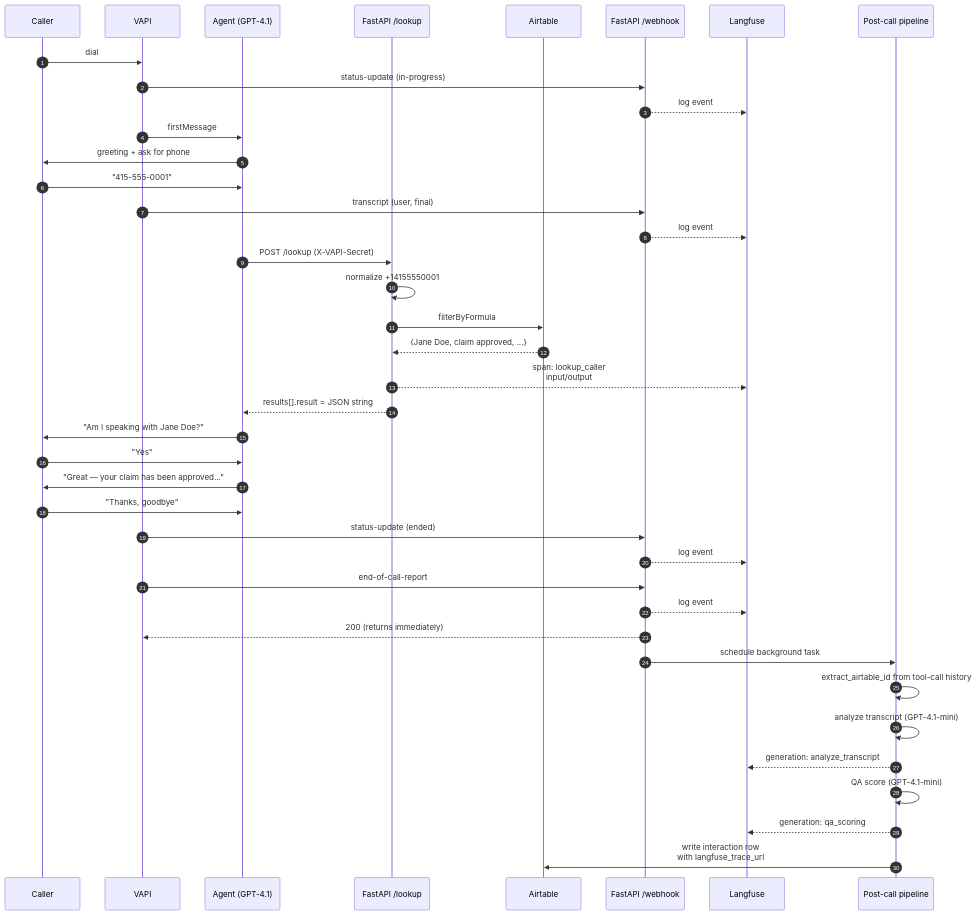
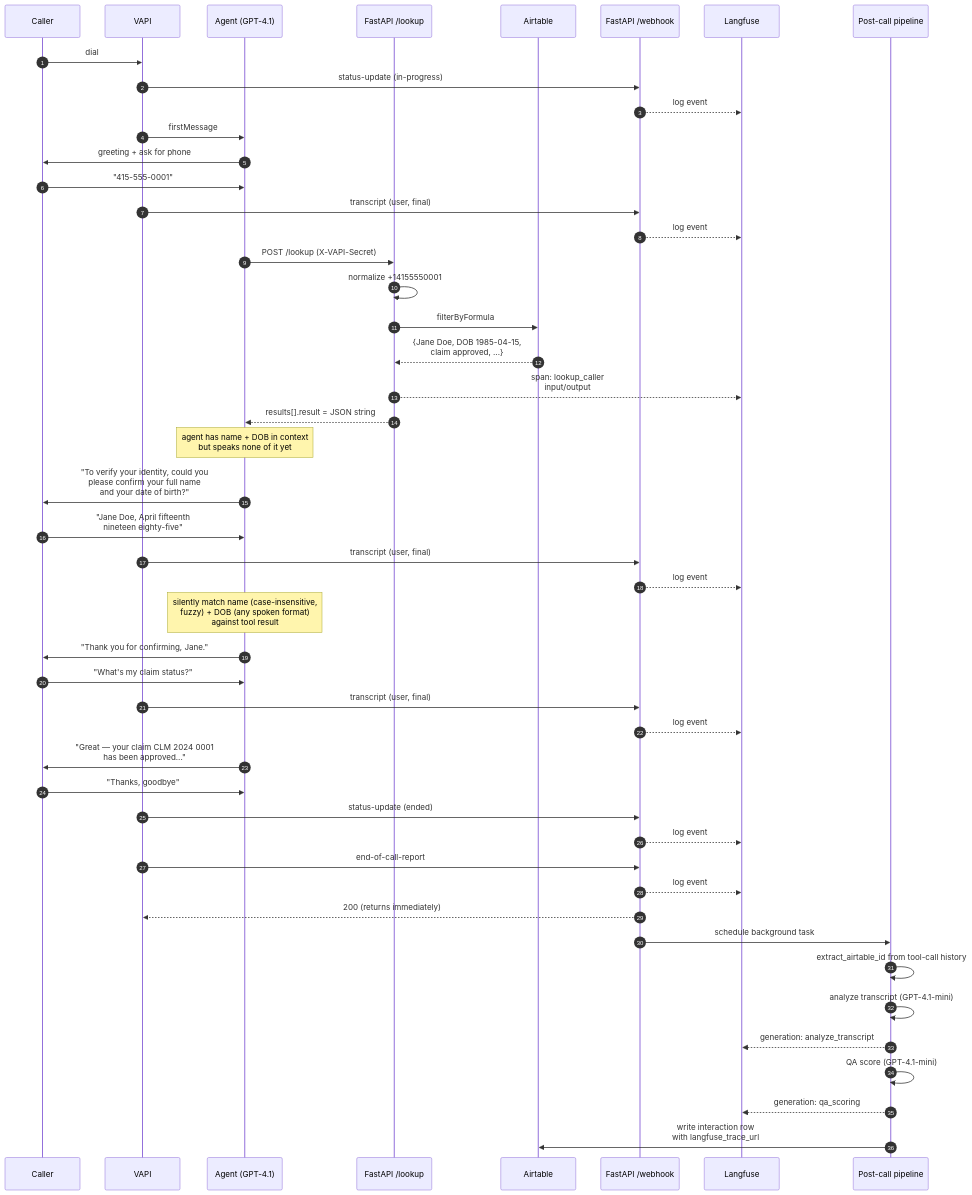
The third of 5 diagrams in docs/ARCHITECTURE.md (ashu05g/ObserveAI_TakeHome_Asses), drawn with Mermaid before and after one commit. The commit also changed other lines of this file and 2 other files, not shown here.

````diff
--- a/docs/ARCHITECTURE.md
+++ b/docs/ARCHITECTURE.md
@@ -95,43 +95,51 @@
 ```mermaid
 sequenceDiagram
     autonumber
     participant C as Caller
     participant V as VAPI
     participant A as Agent (GPT-4.1)
     participant API as FastAPI /lookup
     participant AT as Airtable
     participant H as FastAPI /webhook
     participant LF as Langfuse
     participant P as Post-call pipeline
 
     C->>V: dial
     V->>H: status-update (in-progress)
     H-->>LF: log event
     V->>A: firstMessage
     A->>C: greeting + ask for phone
     C->>A: "415-555-0001"
     V->>H: transcript (user, final)
     H-->>LF: log event
     A->>API: POST /lookup (X-VAPI-Secret)
     API->>API: normalize +14155550001
     API->>AT: filterByFormula
-    AT-->>API: {Jane Doe, claim approved, ...}
+    AT-->>API: {Jane Doe, DOB 1985-04-15,<br/>claim approved, ...}
     API-->>LF: span: lookup_caller<br/>input/output
     API-->>A: results[].result = JSON string
-    A->>C: "Am I speaking with Jane Doe?"
-    C->>A: "Yes"
-    A->>C: "Great — your claim has been approved..."
+    Note over A: agent has name + DOB in context<br/>but speaks none of it yet
+    A->>C: "To verify your identity, could you<br/>please confirm your full name<br/>and your date of birth?"
+    C->>A: "Jane Doe, April fifteenth<br/>nineteen eighty-five"
+    V->>H: transcript (user, final)
+    H-->>LF: log event
+    Note over A: silently match name (case-insensitive,<br/>fuzzy) + DOB (any spoken format)<br/>against tool result
+    A->>C: "Thank you for confirming, Jane."
+    C->>A: "What's my claim status?"
+    V->>H: transcript (user, final)
+    H-->>LF: log event
+    A->>C: "Great — your claim CLM 2024 0001<br/>has been approved..."
     C->>A: "Thanks, goodbye"
     V->>H: status-update (ended)
     H-->>LF: log event
     V->>H: end-of-call-report
     H-->>LF: log event
     H-->>V: 200 (returns immediately)
     H->>P: schedule background task
     P->>P: extract_airtable_id from tool-call history
     P->>P: analyze transcript (GPT-4.1-mini)
     P-->>LF: generation: analyze_transcript
     P->>P: QA score (GPT-4.1-mini)
     P-->>LF: generation: qa_scoring
     P->>AT: write interaction row<br/>with langfuse_trace_url
 ```
````
